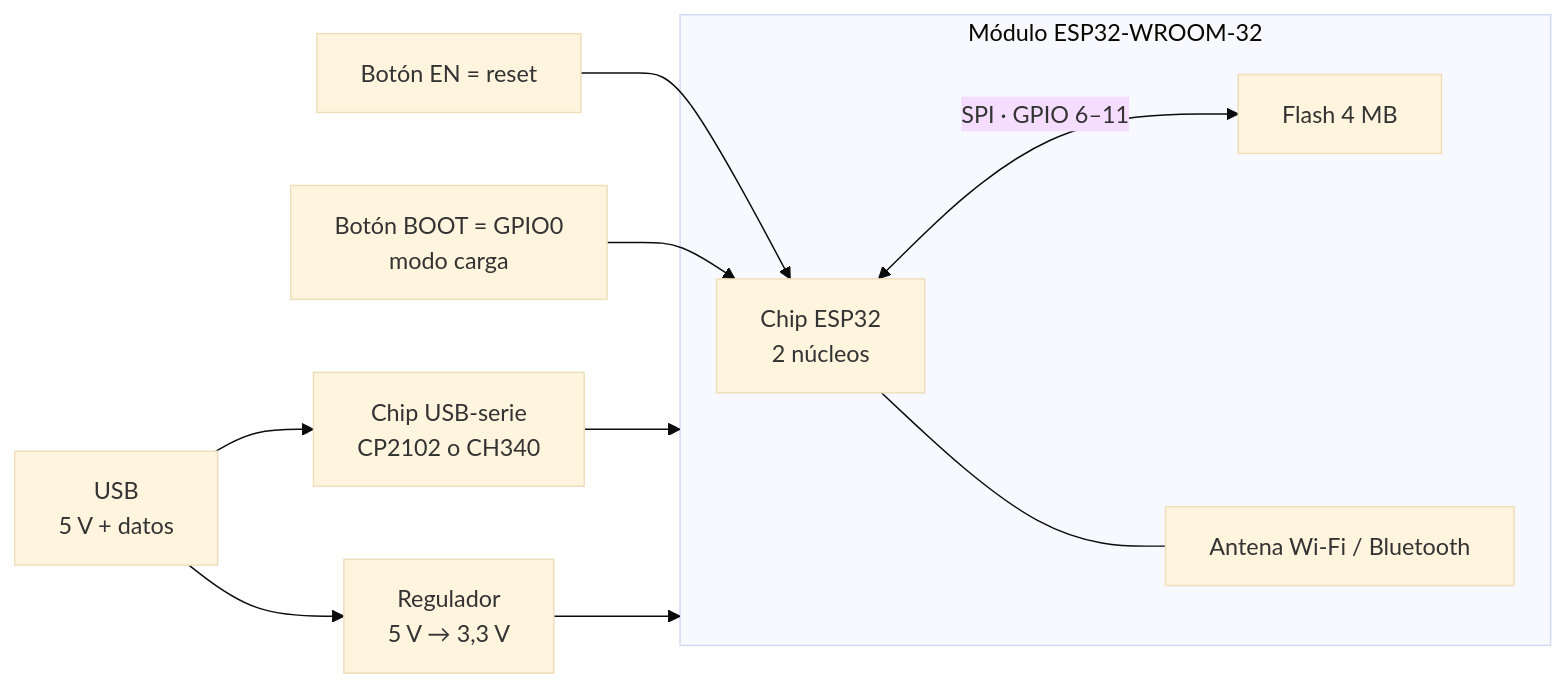
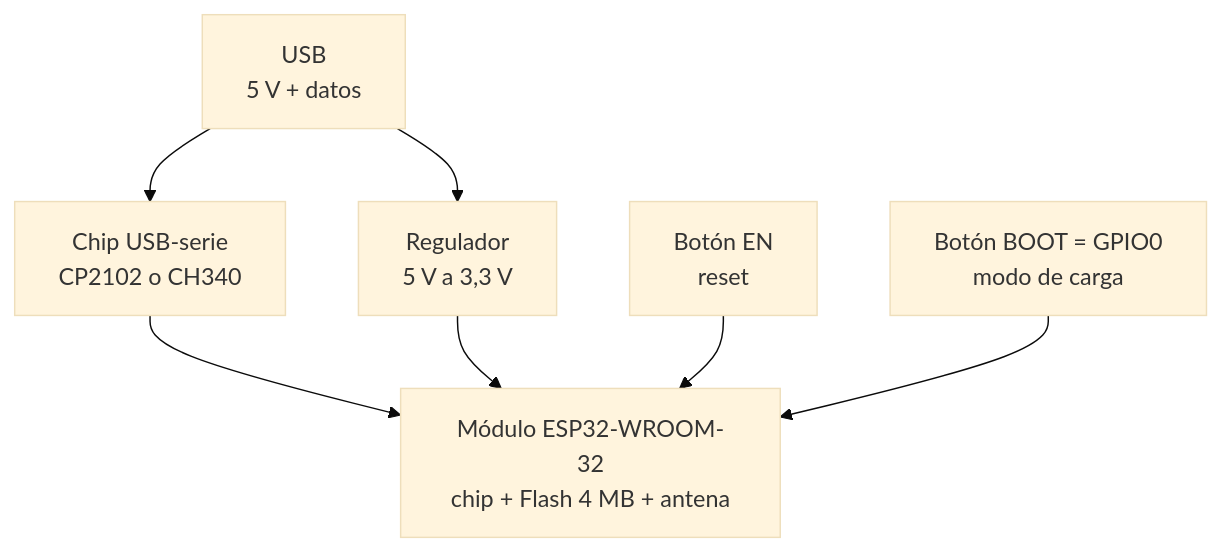
The second of 10 diagrams in unidad-1/apuntes/03-del-avr-al-esp32.md (AlejandroTatum/sistemas-digitales-unl), drawn with Mermaid (base theme) before and after one commit. The commit also changed other lines of this file and 16 other files, not shown here.

````diff
--- a/unidad-1/apuntes/03-del-avr-al-esp32.md
+++ b/unidad-1/apuntes/03-del-avr-al-esp32.md
@@ -25,13 +29,9 @@
 ```mermaid
-flowchart LR
+flowchart TD
     USB["USB<br/>5 V + datos"] --> SER["Chip USB-serie<br/>CP2102 o CH340"]
-    USB --> REGU["Regulador<br/>5 V → 3,3 V"]
-    SER --> MOD
+    USB --> REGU["Regulador<br/>5 V a 3,3 V"]
+    SER --> MOD["Módulo ESP32-WROOM-32<br/>chip + Flash 4 MB + antena"]
     REGU --> MOD
-    subgraph MOD["Módulo ESP32-WROOM-32"]
-        CHIP["Chip ESP32<br/>2 núcleos"] <-->|"SPI · GPIO 6–11"| FL["Flash 4 MB"]
-        CHIP --- ANT["Antena Wi-Fi / Bluetooth"]
-    end
-    EN["Botón EN = reset"] --> CHIP
-    BOOT["Botón BOOT = GPIO0<br/>modo carga"] --> CHIP
+    EN["Botón EN<br/>reset"] --> MOD
+    BOOT["Botón BOOT = GPIO0<br/>modo de carga"] --> MOD
 ```
````
